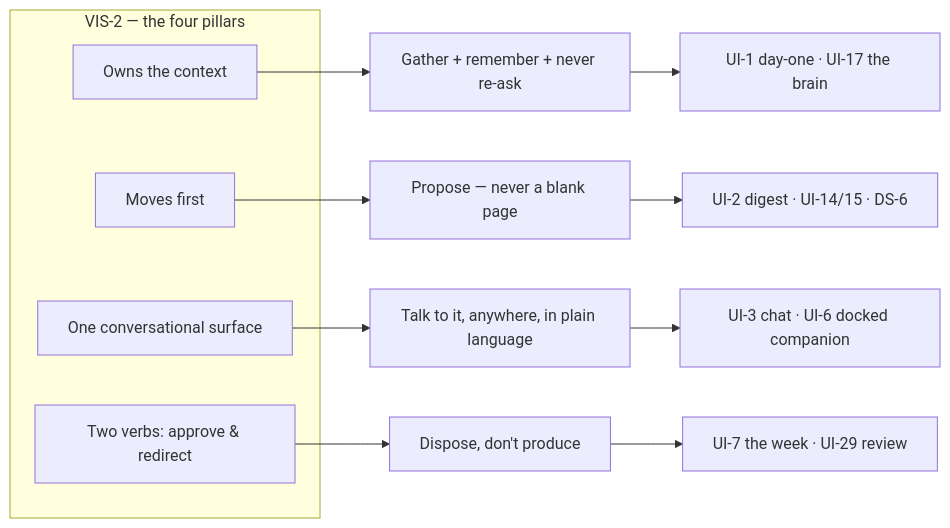
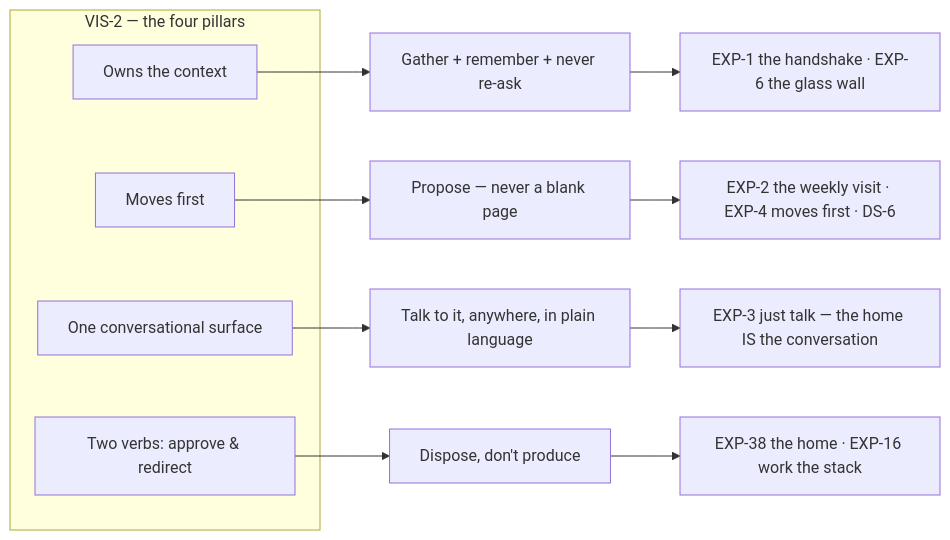
One commit to jetdream/steward changed the diagram in .spec/experience/vision-experience-map.md. Above: the diagram before and after it, drawn with Mermaid. The commit also changed other lines of this file and 28 other files, not shown here.

````diff
--- a/.spec/experience/vision-experience-map.md
+++ b/.spec/experience/vision-experience-map.md
@@ -11,17 +11,17 @@
 ```mermaid
 graph LR
   subgraph VIS["VIS-2 — the four pillars"]
     P1["Owns the context"]
     P2["Moves first"]
     P3["One conversational surface"]
     P4["Two verbs: approve & redirect"]
   end
   P1 --> C["Gather + remember + never re-ask"]
   P2 --> M["Propose — never a blank page"]
   P3 --> T["Talk to it, anywhere, in plain language"]
   P4 --> V["Dispose, don't produce"]
-  C --> UI1["UI-1 day-one · UI-17 the brain"]
-  M --> UI2["UI-2 digest · UI-14/15 · DS-6"]
-  T --> UI3["UI-3 chat · UI-6 docked companion"]
-  V --> UI7["UI-7 the week · UI-29 review"]
+  C --> E1["EXP-1 the handshake · EXP-6 the glass wall"]
+  M --> E2["EXP-2 the weekly visit · EXP-4 moves first · DS-6"]
+  T --> E3["EXP-3 just talk — the home IS the conversation"]
+  V --> E4["EXP-38 the home · EXP-16 work the stack"]
 ```
````
